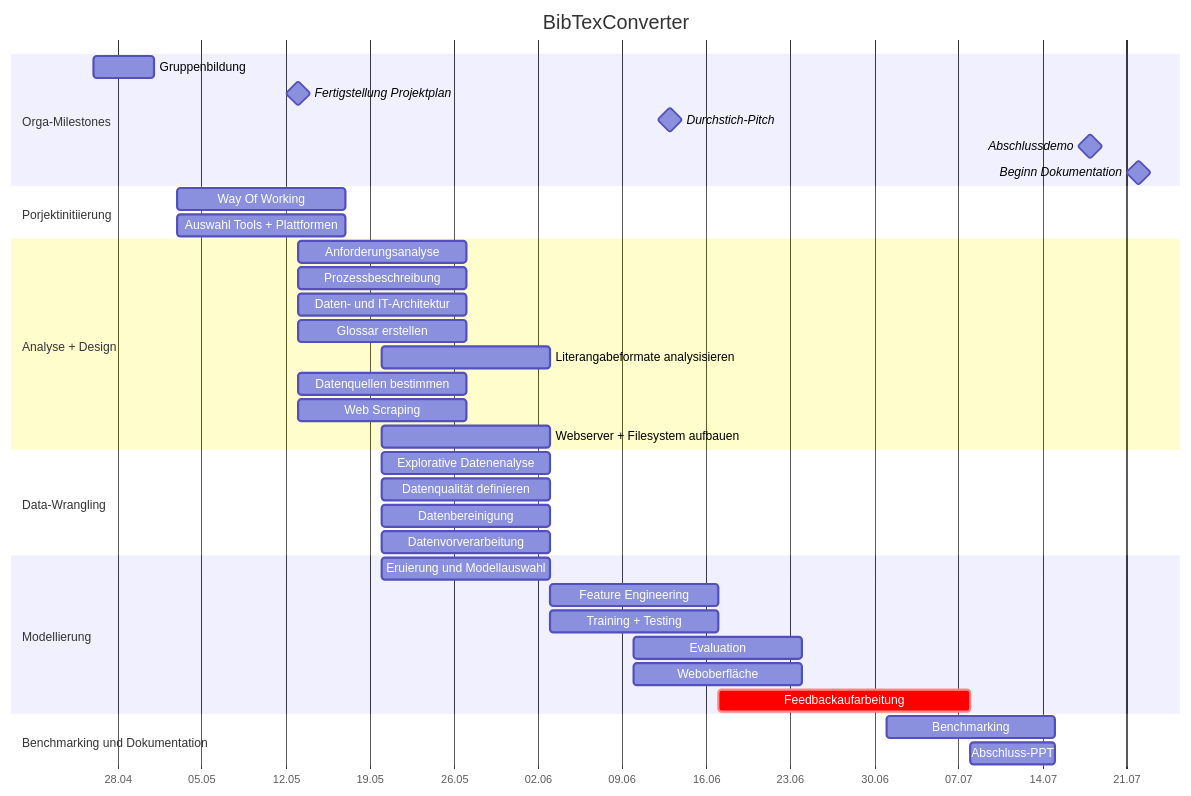
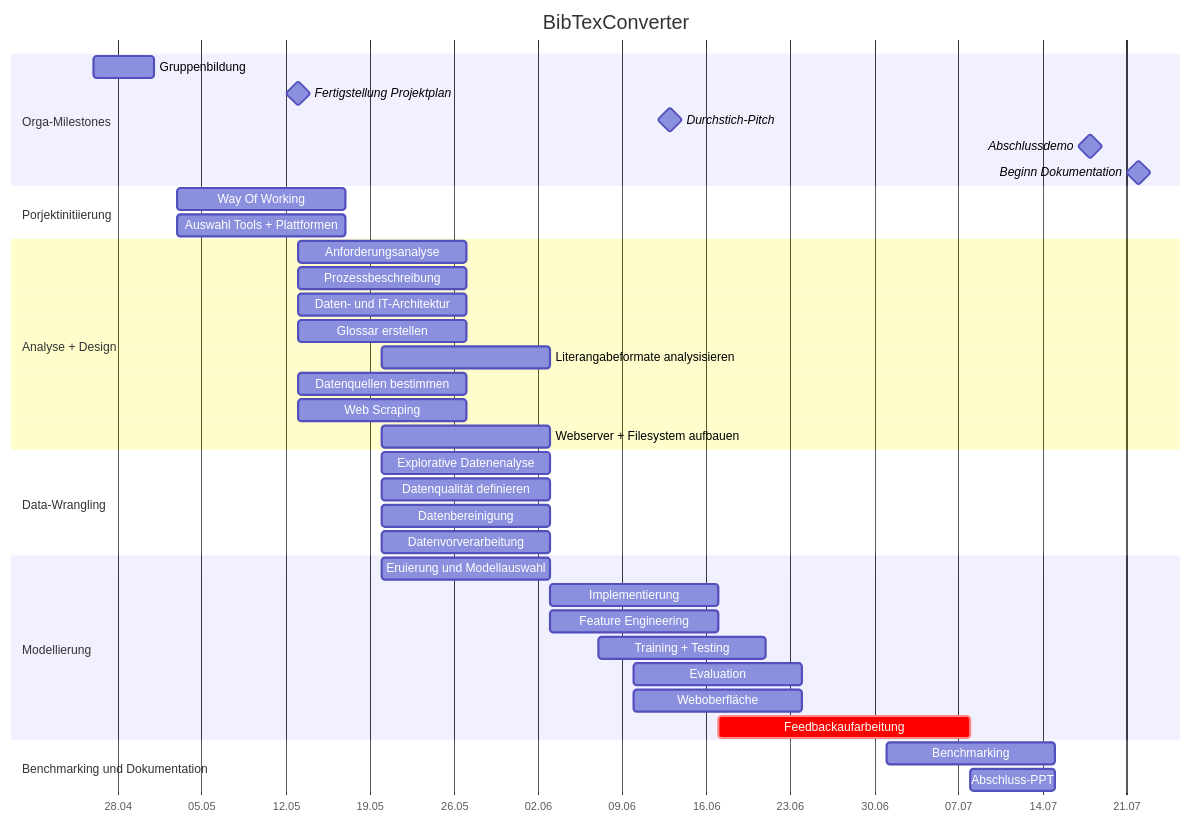
One commit to LaGit93/bibTexConverter_FaPra63065 changed the diagram in README.md. Above: the diagram before and after it, drawn with Mermaid.

```diff
--- a/README.md
+++ b/README.md
@@ -108,8 +108,9 @@
     section Modellierung
 
         Eruierung und Modellauswahl : P9, 20.05.2024, 14d
+        Implementierung : P9, 03.06.2024, 14d
         Feature Engineering : P9, 03.06.2024, 14d
-        Training + Testing : P9, 03.06.2024, 14d
+        Training + Testing : P9, 07.06.2024, 14d
         Evaluation : P9, 10.06.2024, 14d
         Weboberfläche : P9, 10.06.2024, 14d
         Feedbackaufarbeitung : crit,P12, 17.06.2024, 21d
```
